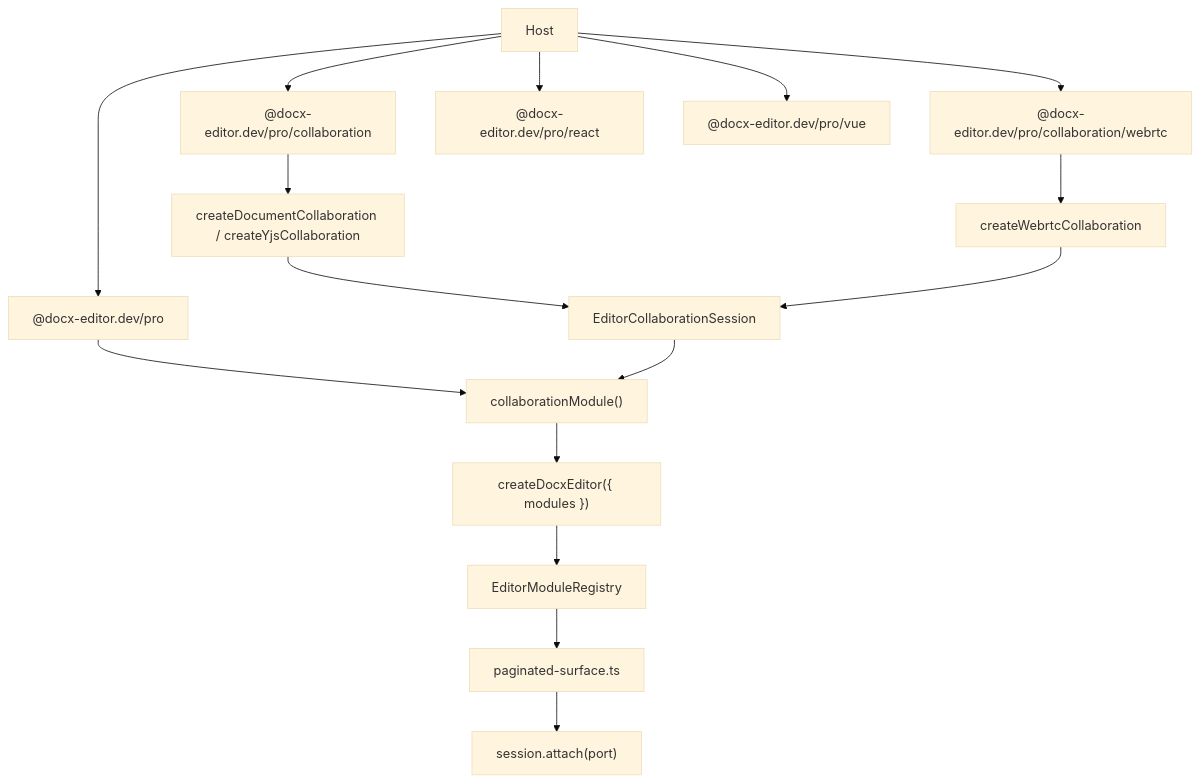
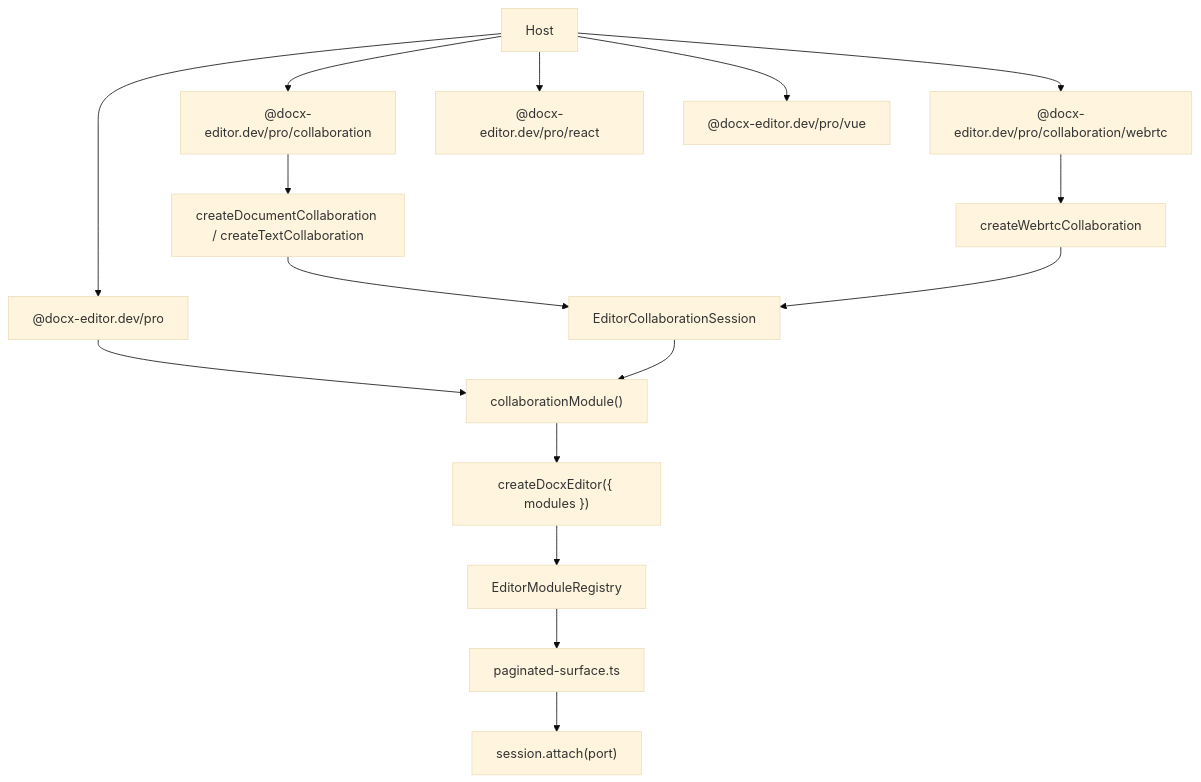
One commit to eigenpal/docx-editor changed the diagram in openspec/changes/pro-collaboration-module/design.md. Above: the diagram before and after it, drawn with Mermaid (base theme). The commit also changed 70 other files, not shown here.

````diff
--- a/openspec/changes/pro-collaboration-module/design.md
+++ b/openspec/changes/pro-collaboration-module/design.md
@@ -252,18 +252,18 @@
 ```mermaid
 flowchart TD
   host[Host] --> proMain["@docx-editor.dev/pro"]
   host --> collabSub["@docx-editor.dev/pro/collaboration"]
   host --> webrtcSub["@docx-editor.dev/pro/collaboration/webrtc"]
   host --> proReact["@docx-editor.dev/pro/react"]
   host --> proVue["@docx-editor.dev/pro/vue"]
   proMain --> factory["collaborationModule()"]
-  collabSub --> yjsImpl["createDocumentCollaboration / createYjsCollaboration"]
+  collabSub --> yjsImpl["createDocumentCollaboration / createTextCollaboration"]
   webrtcSub --> webrtcImpl["createWebrtcCollaboration"]
   factory --> modules["createDocxEditor({ modules })"]
   yjsImpl --> session["EditorCollaborationSession"]
   webrtcImpl --> session
   session --> factory
   modules --> registry[EditorModuleRegistry]
   registry --> surface["paginated-surface.ts"]
   surface --> attach["session.attach(port)"]
 ```
````
